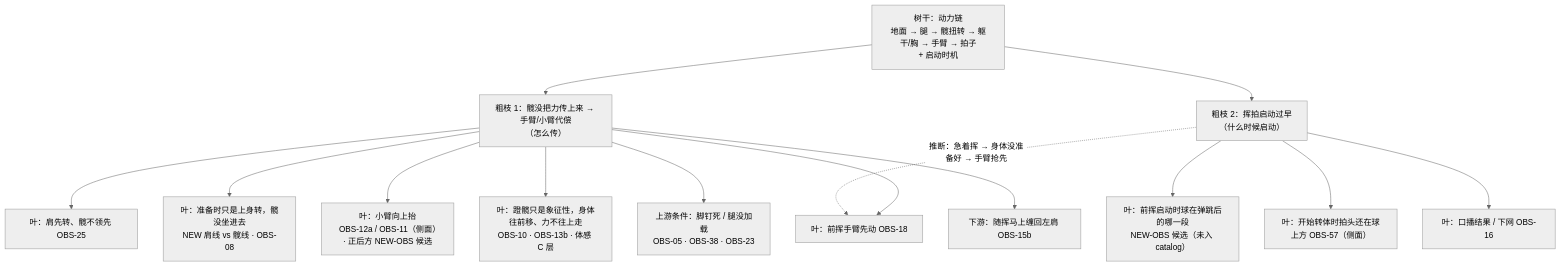
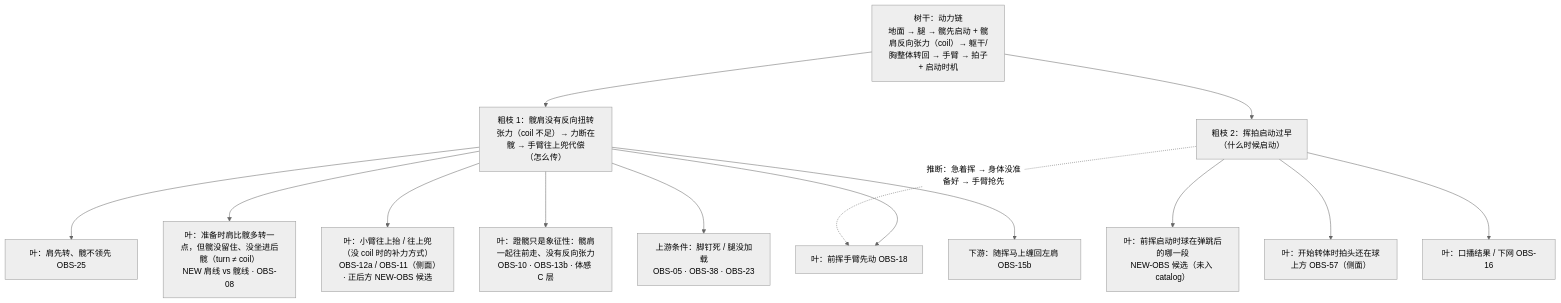
The diagram in docs/diagnosis/ftt_tree/kinetic_chain_trunk.md (xiaollz/tennis_analyzer), drawn with Mermaid (neutral theme) before and after one commit. The commit also changed other lines of this file and 15 other files, not shown here.

````diff
--- a/docs/diagnosis/ftt_tree/kinetic_chain_trunk.md
+++ b/docs/diagnosis/ftt_tree/kinetic_chain_trunk.md
@@ -36,21 +42,21 @@
 ```mermaid
 flowchart TD
-  T["树干：动力链<br/>地面 → 腿 → 髋扭转 → 躯干/胸 → 手臂 → 拍子<br/>+ 启动时机"]
+  T["树干：动力链<br/>地面 → 腿 → 髋先启动 + 髋肩反向张力（coil）→ 躯干/胸整体转回 → 手臂 → 拍子<br/>+ 启动时机"]
 
-  T --> B1["粗枝 1：髋没把力传上来 → 手臂/小臂代偿<br/>（怎么传）"]
+  T --> B1["粗枝 1：髋肩没有反向扭转张力（coil 不足）→ 力断在髋 → 手臂往上兜代偿<br/>（怎么传）"]
   T --> B2["粗枝 2：挥拍启动过早<br/>（什么时候启动）"]
 
   B1 --> L11["叶：肩先转、髋不领先 OBS-25"]
   B1 --> L12["叶：前挥手臂先动 OBS-18"]
-  B1 --> L13["叶：准备时只是上身转，髋没坐进去<br/>NEW 肩线 vs 髋线 · OBS-08"]
-  B1 --> L14["叶：小臂向上抬<br/>OBS-12a / OBS-11（侧面）· 正后方 NEW-OBS 候选"]
-  B1 --> L15["叶：蹬髋只是象征性，身体往前移、力不往上走<br/>OBS-10 · OBS-13b · 体感 C 层"]
+  B1 --> L13["叶：准备时肩比髋多转一点，但髋没留住、没坐进后髋（turn ≠ coil）<br/>NEW 肩线 vs 髋线 · OBS-08"]
+  B1 --> L14["叶：小臂往上抬 / 往上兜（没 coil 时的补力方式）<br/>OBS-12a / OBS-11（侧面）· 正后方 NEW-OBS 候选"]
+  B1 --> L15["叶：蹬髋只是象征性：髋肩一起往前走、没有反向张力<br/>OBS-10 · OBS-13b · 体感 C 层"]
   B1 --> U1["上游条件：脚钉死 / 腿没加载<br/>OBS-05 · OBS-38 · OBS-23"]
   B1 --> D1["下游：随挥马上缠回左肩 OBS-15b"]
 
   B2 --> L21["叶：前挥启动时球在弹跳后的哪一段<br/>NEW-OBS 候选（未入 catalog）"]
   B2 --> L22["叶：开始转体时拍头还在球上方 OBS-57（侧面）"]
   B2 --> L23["叶：口播结果 / 下网 OBS-16"]
 
   B2 -. "推断：急着挥 → 身体没准备好 → 手臂抢先" .-> L12
 ```
````
